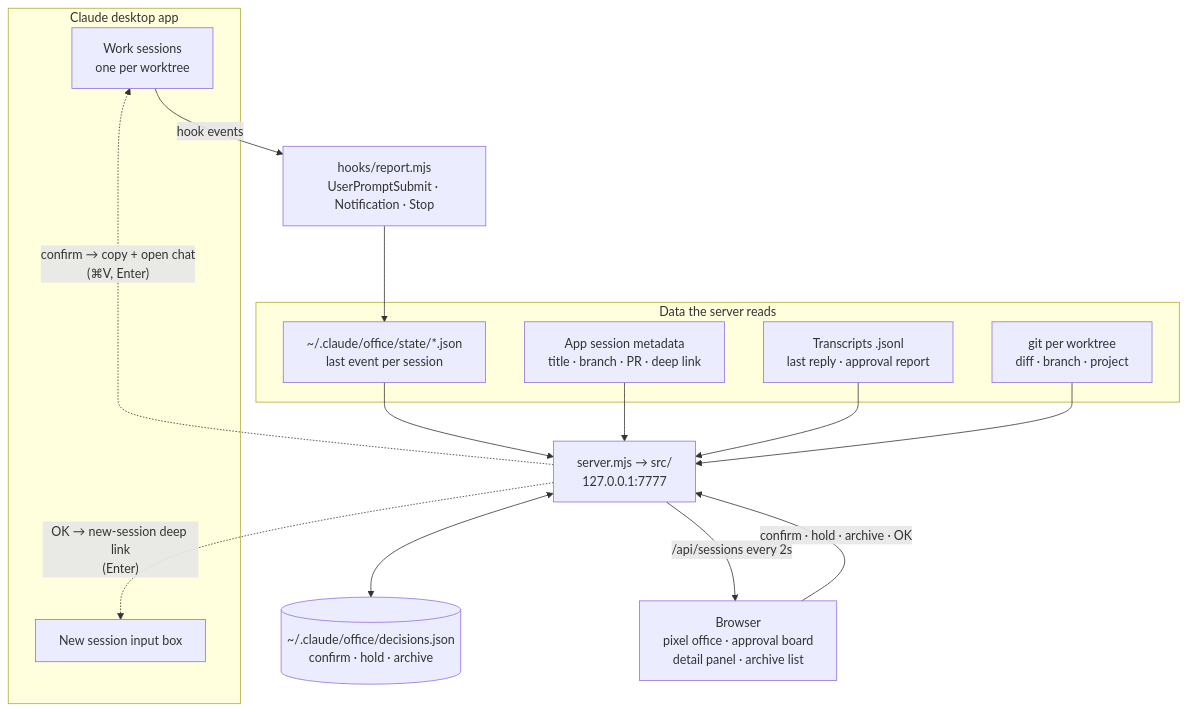
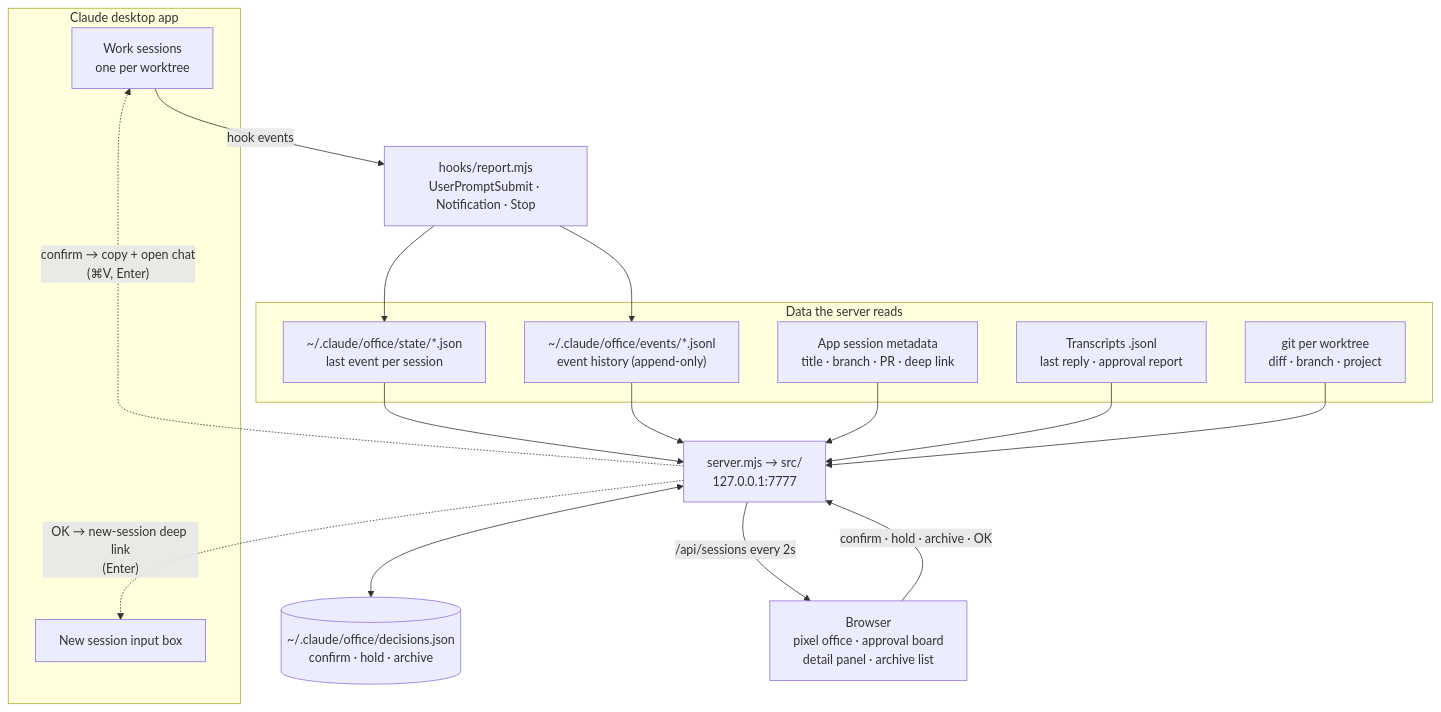
The diagram in README.en.md (claire-lemon/claude-office), drawn with Mermaid before and after one commit. The commit also changed other lines of this file and 2 other files, not shown here.

First line of the commit message:
docs: README covers the header badges, legend, 보고 없음, app summary, wait order and event history

````diff
--- a/README.en.md
+++ b/README.en.md
@@ -23,31 +23,34 @@
 ```mermaid
 flowchart TB
     subgraph APP["Claude desktop app"]
         S["Work sessions<br/>one per worktree"]
         NEW["New session input box"]
     end
 
     HOOK["hooks/report.mjs<br/>UserPromptSubmit · Notification · Stop"]
 
     subgraph READ["Data the server reads"]
         ST["~/.claude/office/state/*.json<br/>last event per session"]
+        EV["~/.claude/office/events/*.jsonl<br/>event history (append-only)"]
         META["App session metadata<br/>title · branch · PR · deep link"]
         TR["Transcripts .jsonl<br/>last reply · approval report"]
         GIT["git per worktree<br/>diff · branch · project"]
     end
 
     SRV["server.mjs → src/<br/>127.0.0.1:7777"]
     DEC[("~/.claude/office/decisions.json<br/>confirm · hold · archive")]
     UI["Browser<br/>pixel office · approval board<br/>detail panel · archive list"]
 
     S -- "hook events" --> HOOK --> ST
+    HOOK --> EV
     ST --> SRV
+    EV --> SRV
     META --> SRV
     TR --> SRV
     GIT --> SRV
     SRV <--> DEC
     SRV -- "/api/sessions every 2s" --> UI
     UI -- "confirm · hold · archive · OK" --> SRV
     SRV -. "confirm → copy + open chat<br/>(⌘V, Enter)" .-> S
     SRV -. "OK → new-session deep link<br/>(Enter)" .-> NEW
 ```
````
